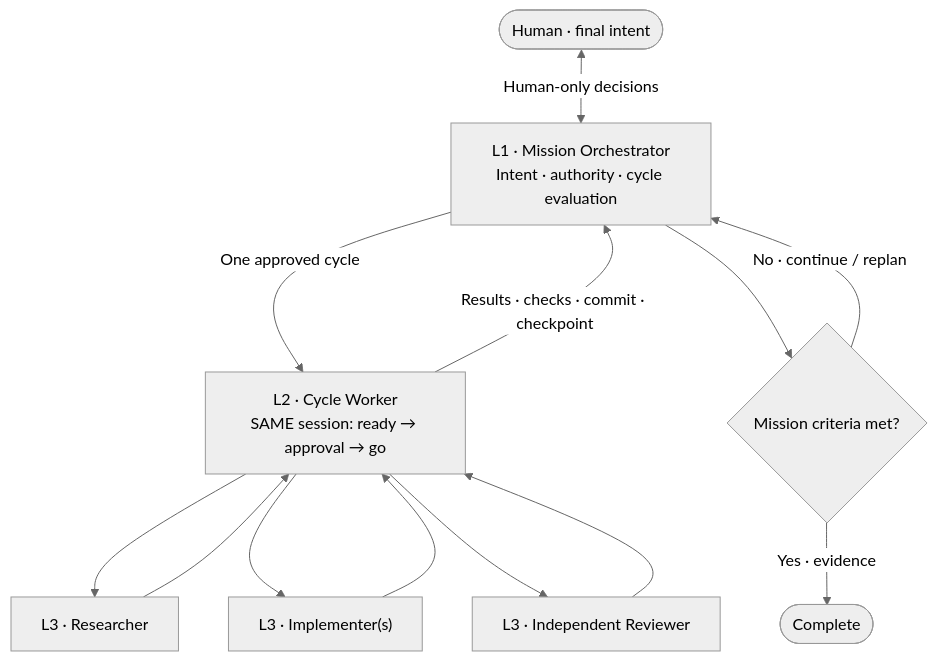
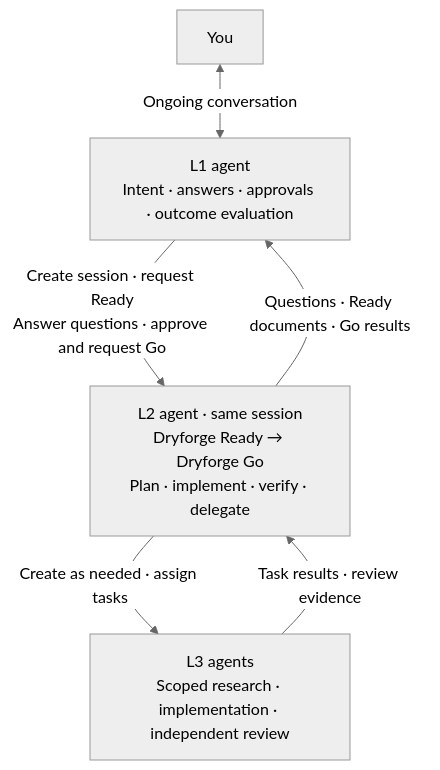
The diagram in README.md (contiloop/ouroboros), drawn with Mermaid (neutral theme) before and after one commit. The commit also changed other lines of this file and 3 other files, not shown here.

Commit message:
docs: clarify init handoff and Ready Go agent responsibilities

````diff
--- a/README.md
+++ b/README.md
@@ -38,22 +34,12 @@
 ```mermaid
 flowchart TB
-    H([Human · final intent])
-    M["L1 · Mission Orchestrator<br/>Intent · authority · cycle evaluation"]
-    W["L2 · Cycle Worker<br/>SAME session: ready → approval → go"]
-    R["L3 · Researcher"]
-    I["L3 · Implementer(s)"]
-    V["L3 · Independent Reviewer"]
-    E{"Mission criteria met?"}
-    H <-->|"Human-only decisions"| M
-    M -->|"One approved cycle"| W
-    W --> R
-    W --> I
-    W --> V
-    R --> W
-    I --> W
-    V --> W
-    W -->|"Results · checks · commit · checkpoint"| M
-    M --> E
-    E -->|"No · continue / replan"| M
-    E -->|"Yes · evidence"| D([Complete])
+    U["You"]
+    L1["L1 agent<br/>Intent · answers · approvals · outcome evaluation"]
+    L2["L2 agent · same session<br/>Dryforge Ready → Dryforge Go<br/>Plan · implement · verify · delegate"]
+    L3["L3 agents<br/>Scoped research · implementation · independent review"]
+    U <-->|"Ongoing conversation"| L1
+    L1 -->|"Create session · request Ready<br/>Answer questions · approve and request Go"| L2
+    L2 -->|"Questions · Ready documents · Go results"| L1
+    L2 -->|"Create as needed · assign tasks"| L3
+    L3 -->|"Task results · review evidence"| L2
 ```
````
